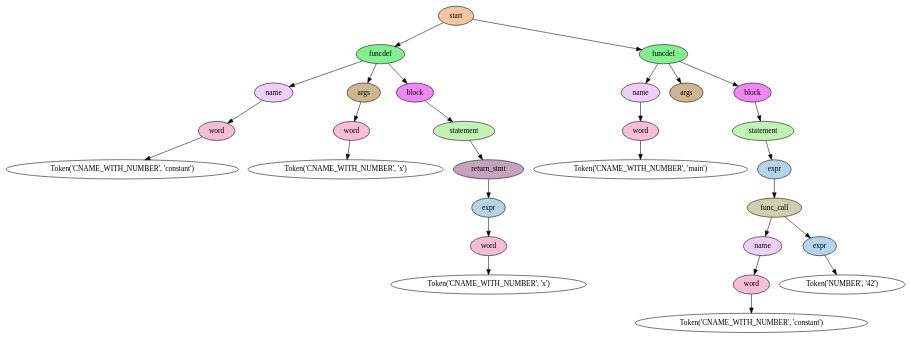
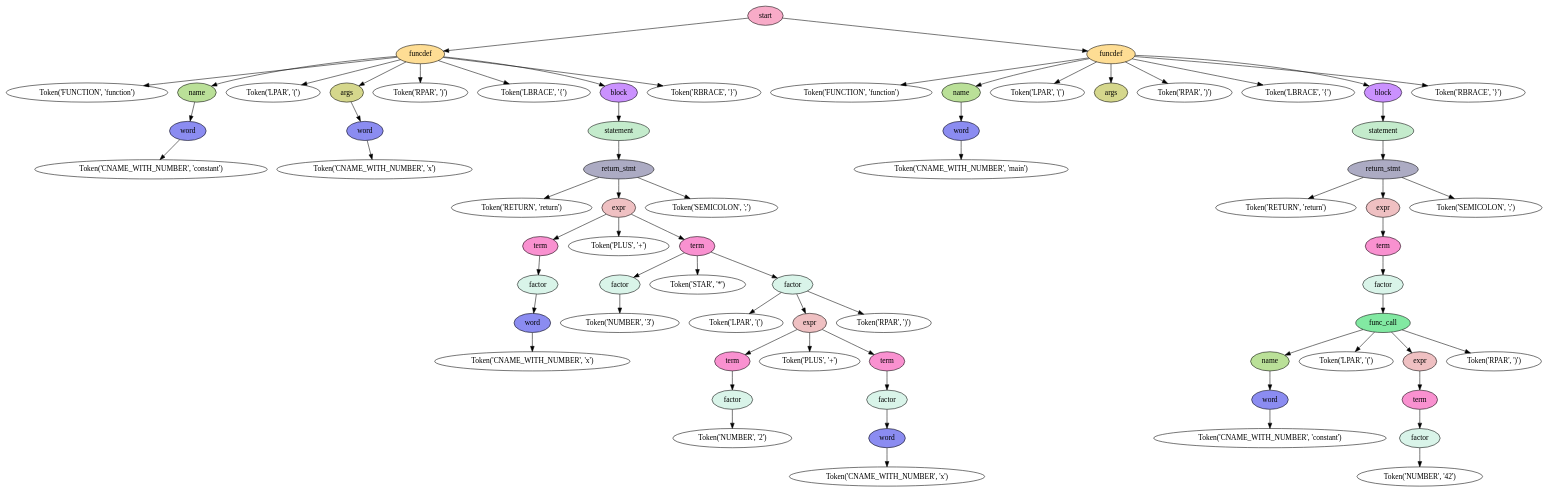
The diagram in tree.dot (CrisGO0510/compiler), drawn with Graphviz before and after one commit. The commit also changed 6 other files, not shown here.

```diff
--- a/tree.dot
+++ b/tree.dot
@@ -1,58 +1,138 @@
 digraph G {
 rankdir=TD;
-0 [label="Token('CNAME_WITH_NUMBER', 'constant')"];
-1 [style=filled, fillcolor="#f4bed5", label=word];
-1 -> 0;
-2 [style=filled, fillcolor="#edcff7", label=name];
+0 [label="Token('FUNCTION', 'function')"];
+1 [label="Token('CNAME_WITH_NUMBER', 'constant')"];
+2 [style=filled, fillcolor="#8b8cf1", label=word];
 2 -> 1;
-3 [label="Token('CNAME_WITH_NUMBER', 'x')"];
-4 [style=filled, fillcolor="#f4bed5", label=word];
-4 -> 3;
-5 [style=filled, fillcolor="#ceb68f", label=args];
-5 -> 4;
-6 [label="Token('CNAME_WITH_NUMBER', 'x')"];
-7 [style=filled, fillcolor="#f4bed5", label=word];
+3 [style=filled, fillcolor="#bae098", label=name];
+3 -> 2;
+4 [label="Token('LPAR', '(')"];
+5 [label="Token('CNAME_WITH_NUMBER', 'x')"];
+6 [style=filled, fillcolor="#8b8cf1", label=word];
+6 -> 5;
+7 [style=filled, fillcolor="#d5d78c", label=args];
 7 -> 6;
-8 [style=filled, fillcolor="#b5d3ed", label=expr];
-8 -> 7;
-9 [style=filled, fillcolor="#c4a3bf", label="return_stmt"];
-9 -> 8;
-10 [style=filled, fillcolor="#c0f4b3", label=statement];
-10 -> 9;
-11 [style=filled, fillcolor="#f186f5", label=block];
-11 -> 10;
-12 [style=filled, fillcolor="#82f08f", label=funcdef];
-12 -> 2;
-12 -> 5;
+8 [label="Token('RPAR', ')')"];
+9 [label="Token('LBRACE', '{')"];
+10 [label="Token('RETURN', 'return')"];
+11 [label="Token('CNAME_WITH_NUMBER', 'x')"];
+12 [style=filled, fillcolor="#8b8cf1", label=word];
 12 -> 11;
-13 [label="Token('CNAME_WITH_NUMBER', 'main')"];
-14 [style=filled, fillcolor="#f4bed5", label=word];
+13 [style=filled, fillcolor="#d9f4e9", label=factor];
+13 -> 12;
+14 [style=filled, fillcolor="#f991d0", label=term];
 14 -> 13;
-15 [style=filled, fillcolor="#edcff7", label=name];
-15 -> 14;
-16 [style=filled, fillcolor="#ceb68f", label=args];
-17 [label="Token('CNAME_WITH_NUMBER', 'constant')"];
-18 [style=filled, fillcolor="#f4bed5", label=word];
-18 -> 17;
-19 [style=filled, fillcolor="#edcff7", label=name];
-19 -> 18;
-20 [label="Token('NUMBER', '42')"];
-21 [style=filled, fillcolor="#b5d3ed", label=expr];
+15 [label="Token('PLUS', '+')"];
+16 [label="Token('NUMBER', '3')"];
+17 [style=filled, fillcolor="#d9f4e9", label=factor];
+17 -> 16;
+18 [label="Token('STAR', '*')"];
+19 [label="Token('LPAR', '(')"];
+20 [label="Token('NUMBER', '2')"];
+21 [style=filled, fillcolor="#d9f4e9", label=factor];
 21 -> 20;
-22 [style=filled, fillcolor="#ced0ad", label="func_call"];
-22 -> 19;
+22 [style=filled, fillcolor="#f991d0", label=term];
 22 -> 21;
-23 [style=filled, fillcolor="#b5d3ed", label=expr];
-23 -> 22;
-24 [style=filled, fillcolor="#c0f4b3", label=statement];
-24 -> 23;
-25 [style=filled, fillcolor="#f186f5", label=block];
+23 [label="Token('PLUS', '+')"];
+24 [label="Token('CNAME_WITH_NUMBER', 'x')"];
+25 [style=filled, fillcolor="#8b8cf1", label=word];
 25 -> 24;
-26 [style=filled, fillcolor="#82f08f", label=funcdef];
-26 -> 15;
-26 -> 16;
+26 [style=filled, fillcolor="#d9f4e9", label=factor];
 26 -> 25;
-27 [style=filled, fillcolor="#f2c6a0", label=start];
-27 -> 12;
+27 [style=filled, fillcolor="#f991d0", label=term];
 27 -> 26;
+28 [style=filled, fillcolor="#efc0c2", label=expr];
+28 -> 22;
+28 -> 23;
+28 -> 27;
+29 [label="Token('RPAR', ')')"];
+30 [style=filled, fillcolor="#d9f4e9", label=factor];
+30 -> 19;
+30 -> 28;
+30 -> 29;
+31 [style=filled, fillcolor="#f991d0", label=term];
+31 -> 17;
+31 -> 18;
+31 -> 30;
+32 [style=filled, fillcolor="#efc0c2", label=expr];
+32 -> 14;
+32 -> 15;
+32 -> 31;
+33 [label="Token('SEMICOLON', ';')"];
+34 [style=filled, fillcolor="#acabc3", label="return_stmt"];
+34 -> 10;
+34 -> 32;
+34 -> 33;
+35 [style=filled, fillcolor="#c4ebcc", label=statement];
+35 -> 34;
+36 [style=filled, fillcolor="#ca91fe", label=block];
+36 -> 35;
+37 [label="Token('RBRACE', '}')"];
+38 [style=filled, fillcolor="#fedd94", label=funcdef];
+38 -> 0;
+38 -> 3;
+38 -> 4;
+38 -> 7;
+38 -> 8;
+38 -> 9;
+38 -> 36;
+38 -> 37;
+39 [label="Token('FUNCTION', 'function')"];
+40 [label="Token('CNAME_WITH_NUMBER', 'main')"];
+41 [style=filled, fillcolor="#8b8cf1", label=word];
+41 -> 40;
+42 [style=filled, fillcolor="#bae098", label=name];
+42 -> 41;
+43 [label="Token('LPAR', '(')"];
+44 [style=filled, fillcolor="#d5d78c", label=args];
+45 [label="Token('RPAR', ')')"];
+46 [label="Token('LBRACE', '{')"];
+47 [label="Token('RETURN', 'return')"];
+48 [label="Token('CNAME_WITH_NUMBER', 'constant')"];
+49 [style=filled, fillcolor="#8b8cf1", label=word];
+49 -> 48;
+50 [style=filled, fillcolor="#bae098", label=name];
+50 -> 49;
+51 [label="Token('LPAR', '(')"];
+52 [label="Token('NUMBER', '42')"];
+53 [style=filled, fillcolor="#d9f4e9", label=factor];
+53 -> 52;
+54 [style=filled, fillcolor="#f991d0", label=term];
+54 -> 53;
+55 [style=filled, fillcolor="#efc0c2", label=expr];
+55 -> 54;
+56 [label="Token('RPAR', ')')"];
+57 [style=filled, fillcolor="#82e9a2", label="func_call"];
+57 -> 50;
+57 -> 51;
+57 -> 55;
+57 -> 56;
+58 [style=filled, fillcolor="#d9f4e9", label=factor];
+58 -> 57;
+59 [style=filled, fillcolor="#f991d0", label=term];
+59 -> 58;
+60 [style=filled, fillcolor="#efc0c2", label=expr];
+60 -> 59;
+61 [label="Token('SEMICOLON', ';')"];
+62 [style=filled, fillcolor="#acabc3", label="return_stmt"];
+62 -> 47;
+62 -> 60;
+62 -> 61;
+63 [style=filled, fillcolor="#c4ebcc", label=statement];
+63 -> 62;
+64 [style=filled, fillcolor="#ca91fe", label=block];
+64 -> 63;
+65 [label="Token('RBRACE', '}')"];
+66 [style=filled, fillcolor="#fedd94", label=funcdef];
+66 -> 39;
+66 -> 42;
+66 -> 43;
+66 -> 44;
+66 -> 45;
+66 -> 46;
+66 -> 64;
+66 -> 65;
+67 [style=filled, fillcolor="#f8abc8", label=start];
+67 -> 38;
+67 -> 66;
 }
```
